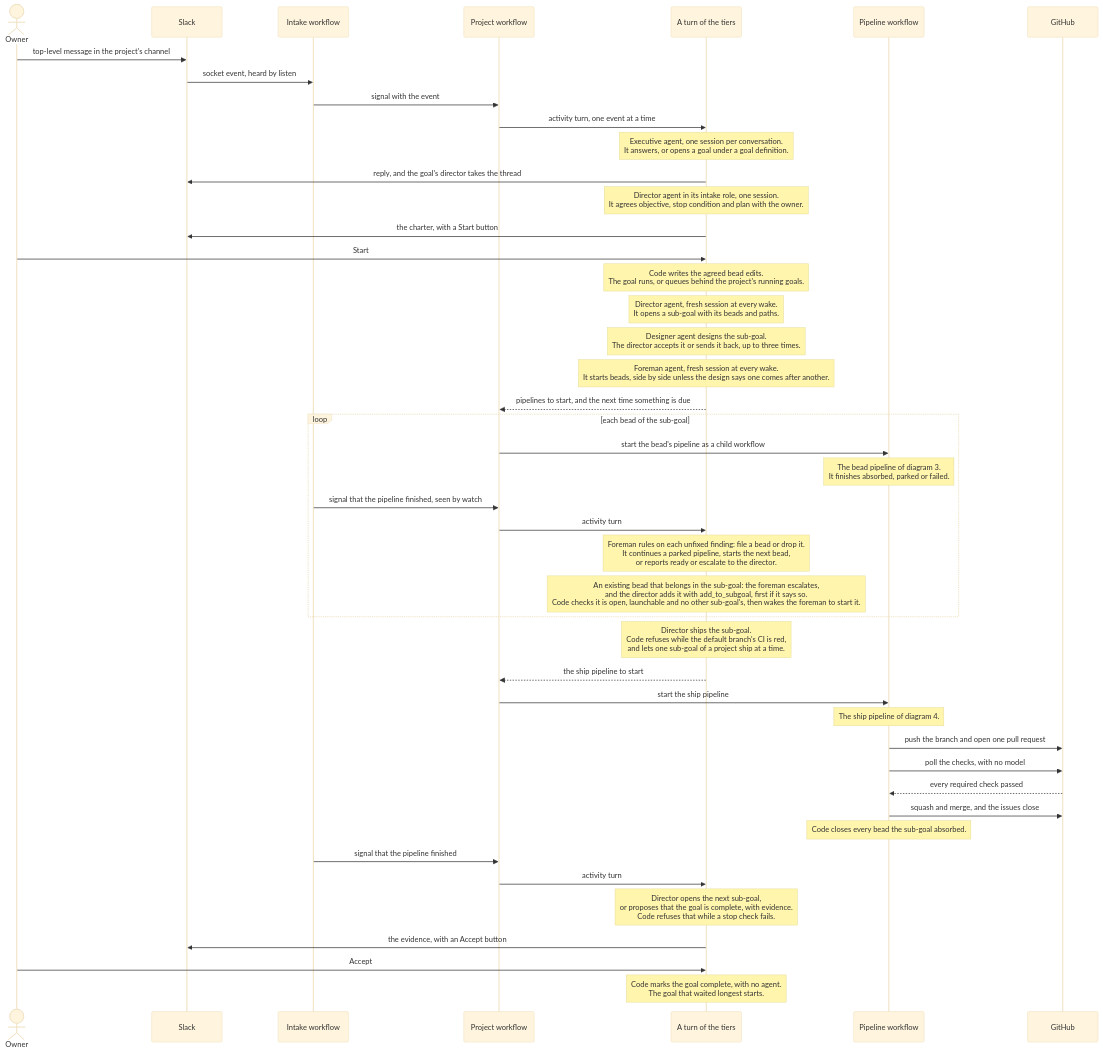
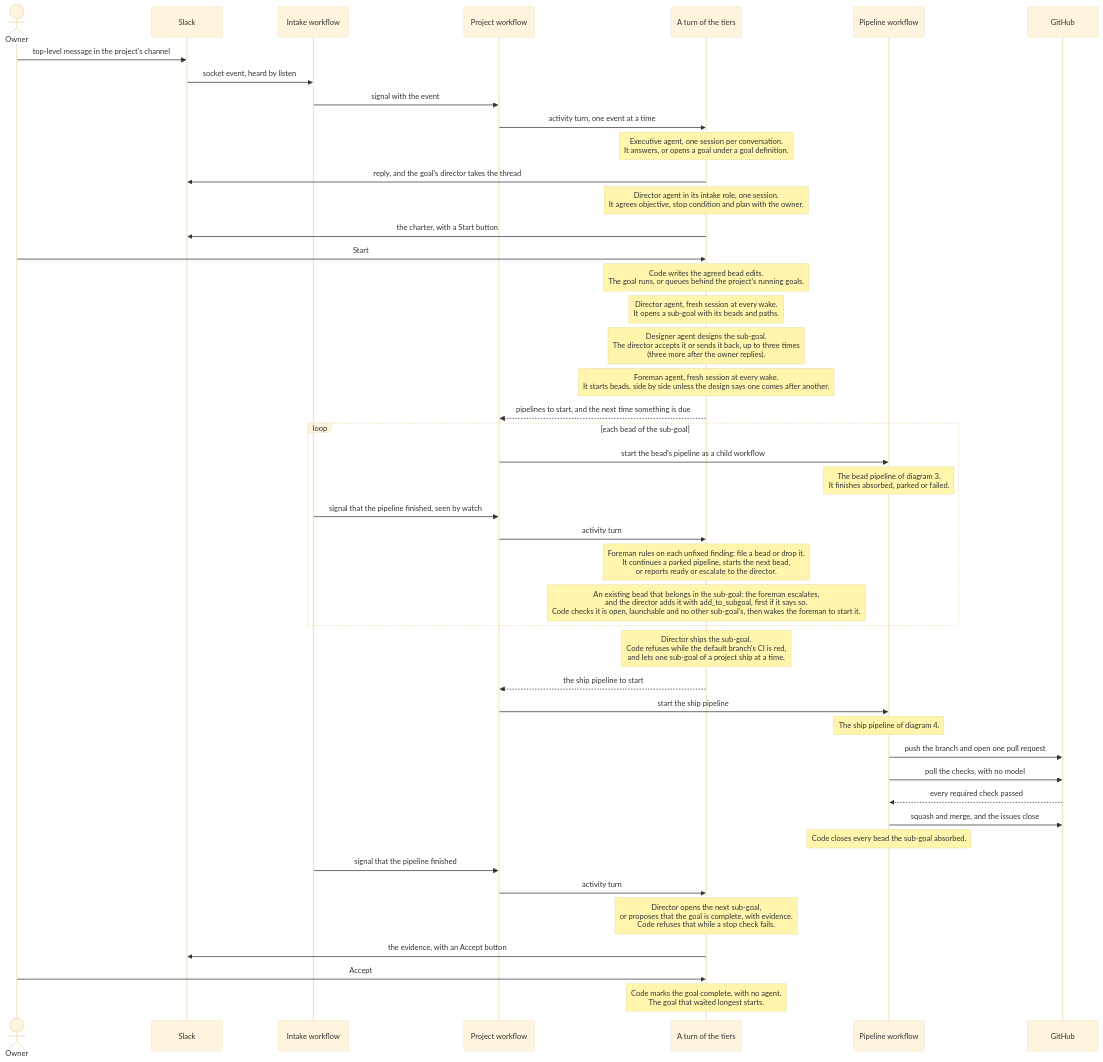
Before and after one commit to mikeacjones/software-factory: the second of 8 diagrams in docs/how-it-works.md, drawn with Mermaid (base theme). The commit also changed 2 other files, not shown here.

````diff
--- a/docs/how-it-works.md
+++ b/docs/how-it-works.md
@@ -71,50 +71,50 @@
 ```mermaid
 sequenceDiagram
     actor Owner
     participant Slack
     participant Intake as Intake workflow
     participant Project as Project workflow
     participant Tiers as A turn of the tiers
     participant Pipe as Pipeline workflow
     participant GH as GitHub
 
     Owner->>Slack: top-level message in the project's channel
     Slack->>Intake: socket event, heard by listen
     Intake->>Project: signal with the event
     Project->>Tiers: activity turn, one event at a time
     Note over Tiers: Executive agent, one session per conversation.<br/>It answers, or opens a goal under a goal definition.
     Tiers->>Slack: reply, and the goal's director takes the thread
     Note over Tiers: Director agent in its intake role, one session.<br/>It agrees objective, stop condition and plan with the owner.
     Tiers->>Slack: the charter, with a Start button
     Owner->>Tiers: Start
     Note over Tiers: Code writes the agreed bead edits.<br/>The goal runs, or queues behind the project's running goals.
     Note over Tiers: Director agent, fresh session at every wake.<br/>It opens a sub-goal with its beads and paths.
-    Note over Tiers: Designer agent designs the sub-goal.<br/>The director accepts it or sends it back, up to three times.
+    Note over Tiers: Designer agent designs the sub-goal.<br/>The director accepts it or sends it back, up to three times<br/>(three more after the owner replies).
     Note over Tiers: Foreman agent, fresh session at every wake.<br/>It starts beads, side by side unless the design says one comes after another.
     Tiers-->>Project: pipelines to start, and the next time something is due
 
     loop each bead of the sub-goal
         Project->>Pipe: start the bead's pipeline as a child workflow
         Note over Pipe: The bead pipeline of diagram 3.<br/>It finishes absorbed, parked or failed.
         Intake->>Project: signal that the pipeline finished, seen by watch
         Project->>Tiers: activity turn
         Note over Tiers: Foreman rules on each unfixed finding: file a bead or drop it.<br/>It continues a parked pipeline, starts the next bead,<br/>or reports ready or escalate to the director.
         Note over Tiers: An existing bead that belongs in the sub-goal: the foreman escalates,<br/>and the director adds it with add_to_subgoal, first if it says so.<br/>Code checks it is open, launchable and no other sub-goal's, then wakes the foreman to start it.
     end
 
     Note over Tiers: Director ships the sub-goal.<br/>Code refuses while the default branch's CI is red,<br/>and lets one sub-goal of a project ship at a time.
     Tiers-->>Project: the ship pipeline to start
     Project->>Pipe: start the ship pipeline
     Note over Pipe: The ship pipeline of diagram 4.
     Pipe->>GH: push the branch and open one pull request
     Pipe->>GH: poll the checks, with no model
     GH-->>Pipe: every required check passed
     Pipe->>GH: squash and merge, and the issues close
     Note over Pipe: Code closes every bead the sub-goal absorbed.
     Intake->>Project: signal that the pipeline finished
     Project->>Tiers: activity turn
     Note over Tiers: Director opens the next sub-goal,<br/>or proposes that the goal is complete, with evidence.<br/>Code refuses that while a stop check fails.
     Tiers->>Slack: the evidence, with an Accept button
     Owner->>Tiers: Accept
     Note over Tiers: Code marks the goal complete, with no agent.<br/>The goal that waited longest starts.
 ```
````
